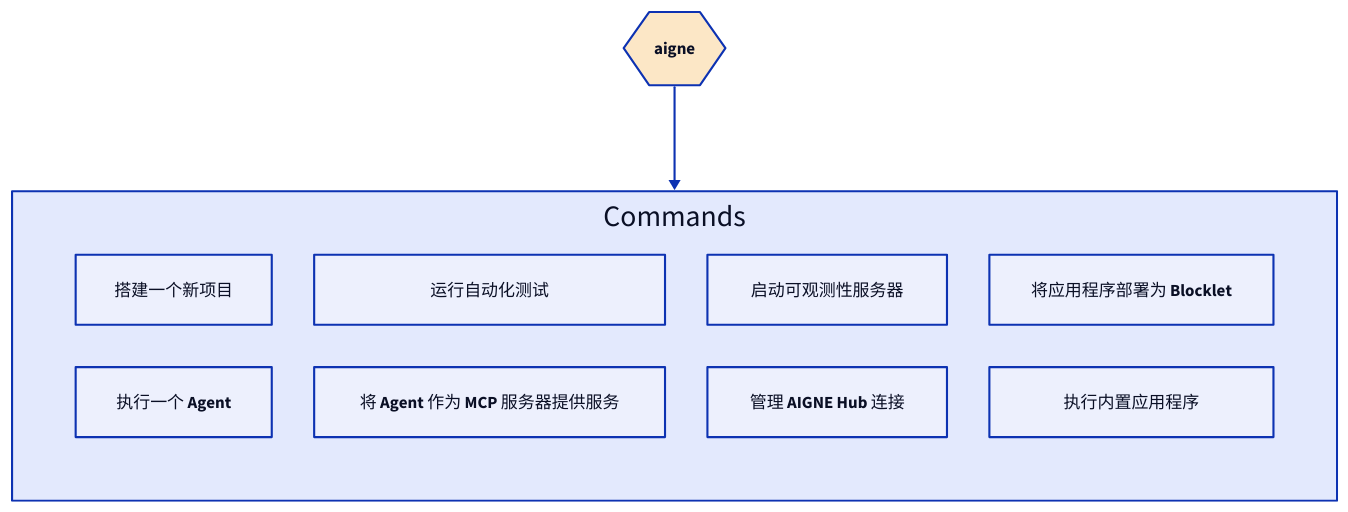
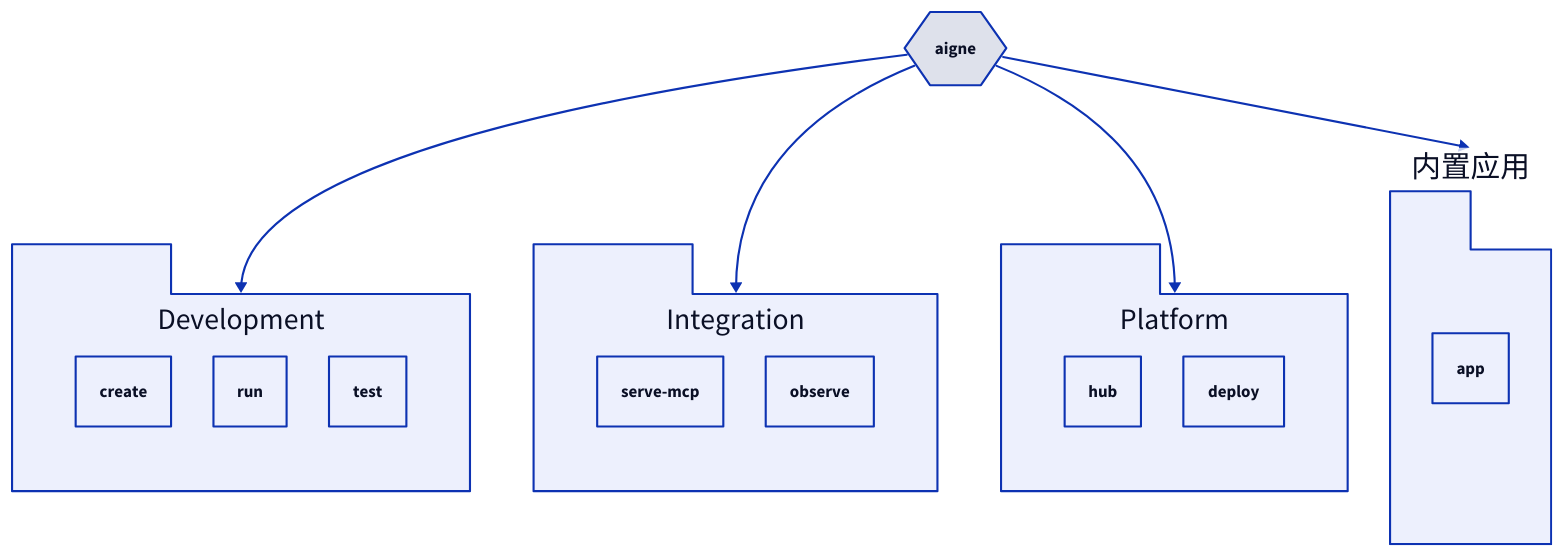
One commit to AIGNE-io/aigne-framework changed the diagram in packages/cli/docs/command-reference.zh.md. Above: the diagram before and after it, drawn with D2. The commit also changed other lines of this file and 38 other files, not shown here.

````diff
--- a/packages/cli/docs/command-reference.zh.md
+++ b/packages/cli/docs/command-reference.zh.md
@@ -13,22 +13,41 @@
 ```d2
 direction: down
 
-"aigne": {
+aigne: {
+  label: "aigne"
   shape: hexagon
-  style.fill: "#fce7c6"
 }
 
-"Commands": {
-  grid-columns: 4
-  "create": "搭建一个新项目"
-  "run": "执行一个 Agent"
-  "test": "运行自动化测试"
-  "serve-mcp": "将 Agent 作为 MCP 服务器提供服务"
-  "observe": "启动可观测性服务器"
-  "hub": "管理 AIGNE Hub 连接"
-  "deploy": "将应用程序部署为 Blocklet"
-  "app": "执行内置应用程序"
+Development: {
+  shape: package
+  grid-columns: 3
+  create: { label: "create" }
+  run: { label: "run" }
+  test: { label: "test" }
 }
 
-"aigne" -> "Commands"
+Integration: {
+  shape: package
+  grid-columns: 2
+  serve-mcp: { label: "serve-mcp" }
+  observe: { label: "observe" }
+}
+
+Platform: {
+  shape: package
+  grid-columns: 2
+  hub: { label: "hub" }
+  deploy: { label: "deploy" }
+}
+
+Built-in-Apps: {
+  label: "内置应用"
+  shape: package
+  app: { label: "app" }
+}
+
+aigne -> Development
+aigne -> Integration
+aigne -> Platform
+aigne -> Built-in-Apps
 ```
````
